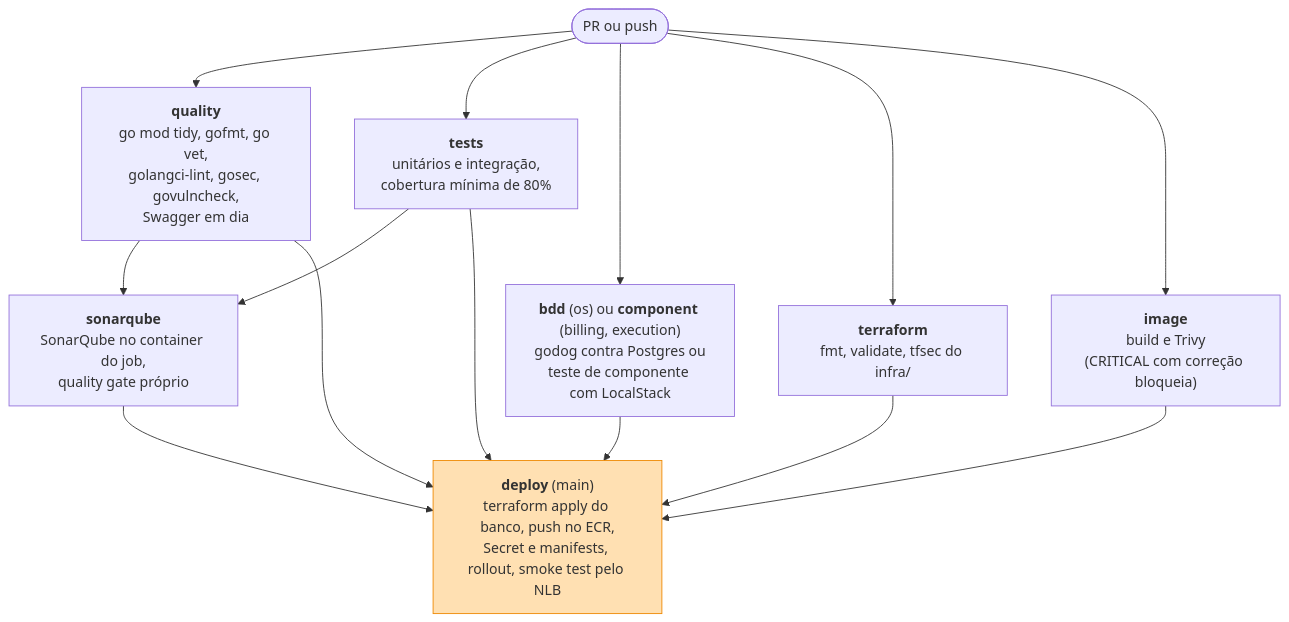
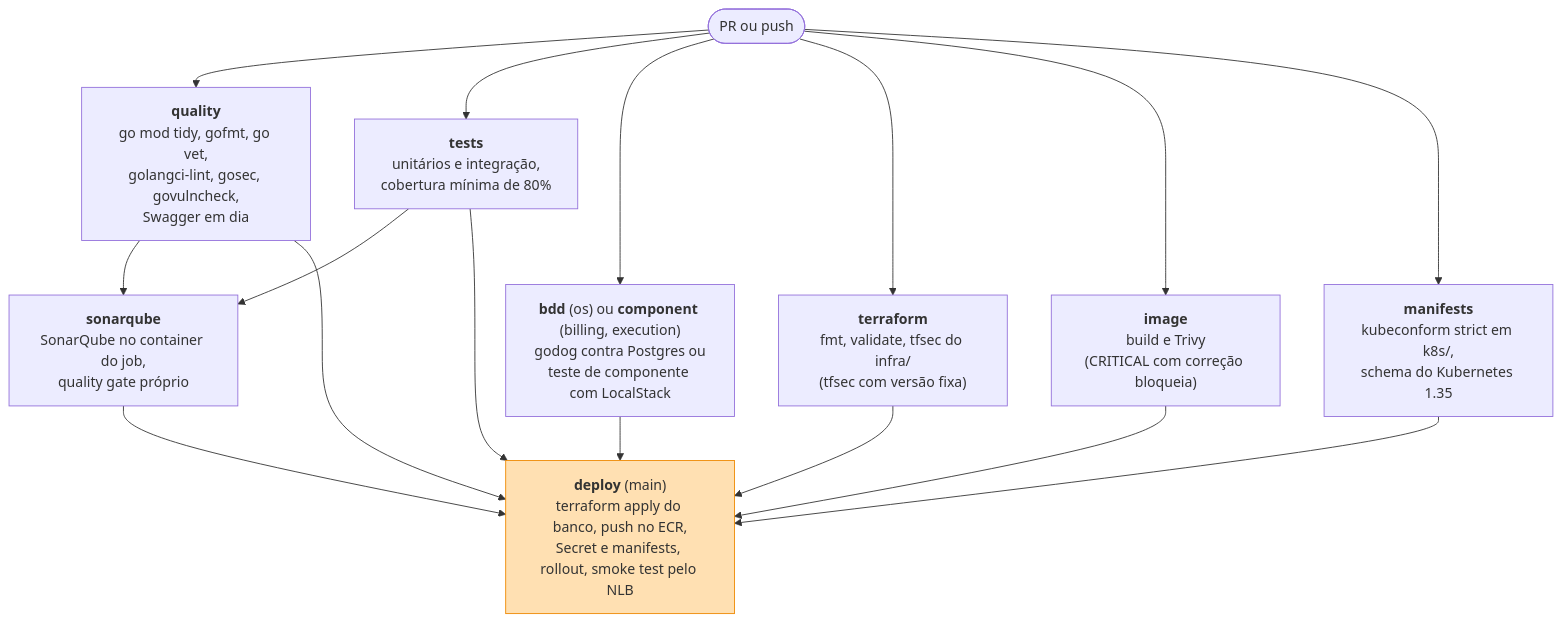
Before and after one commit to Kc1t/postech-tc4-os-service: the second of 4 diagrams in docs/diagrams/pipelines.md, drawn with Mermaid. The commit also changed 5 other files, not shown here.

Commit message:
docs: validação de entrada, JWT só HS256 com exp e kubeconform no CI

````diff
--- a/docs/diagrams/pipelines.md
+++ b/docs/diagrams/pipelines.md
@@ -24,12 +24,13 @@
 ```mermaid
 flowchart TD
     trig(["PR ou push"]) --> q["<b>quality</b><br/>go mod tidy, gofmt, go vet,<br/>golangci-lint, gosec, govulncheck,<br/>Swagger em dia"]
     trig --> t["<b>tests</b><br/>unitários e integração,<br/>cobertura mínima de 80%"]
     trig --> c["<b>bdd</b> (os) ou <b>component</b> (billing, execution)<br/>godog contra Postgres ou<br/>teste de componente com LocalStack"]
-    trig --> tf["<b>terraform</b><br/>fmt, validate, tfsec do infra/"]
+    trig --> tf["<b>terraform</b><br/>fmt, validate, tfsec do infra/<br/>(tfsec com versão fixa)"]
     trig --> img["<b>image</b><br/>build e Trivy<br/>(CRITICAL com correção bloqueia)"]
+    trig --> k["<b>manifests</b><br/>kubeconform strict em k8s/,<br/>schema do Kubernetes 1.35"]
     q & t --> s["<b>sonarqube</b><br/>SonarQube no container do job,<br/>quality gate próprio"]
-    q & t & c & s & tf & img --> d["<b>deploy</b> (main)<br/>terraform apply do banco, push no ECR,<br/>Secret e manifests, rollout, smoke test pelo NLB"]
+    q & t & c & s & tf & img & k --> d["<b>deploy</b> (main)<br/>terraform apply do banco, push no ECR,<br/>Secret e manifests, rollout, smoke test pelo NLB"]
 
     style d fill:#ffe0b2,stroke:#e80
 ```
````
